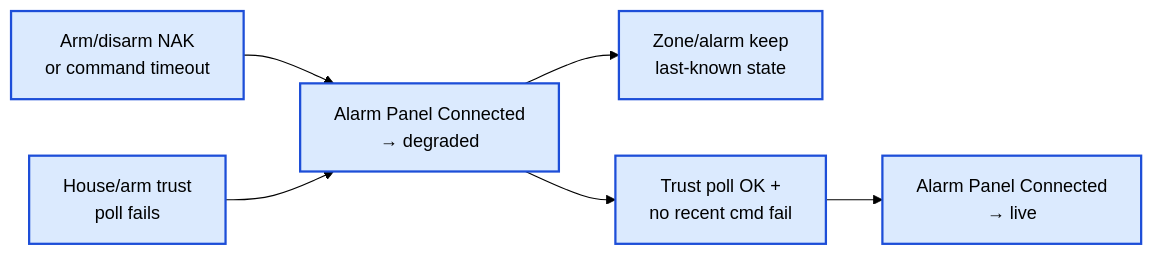
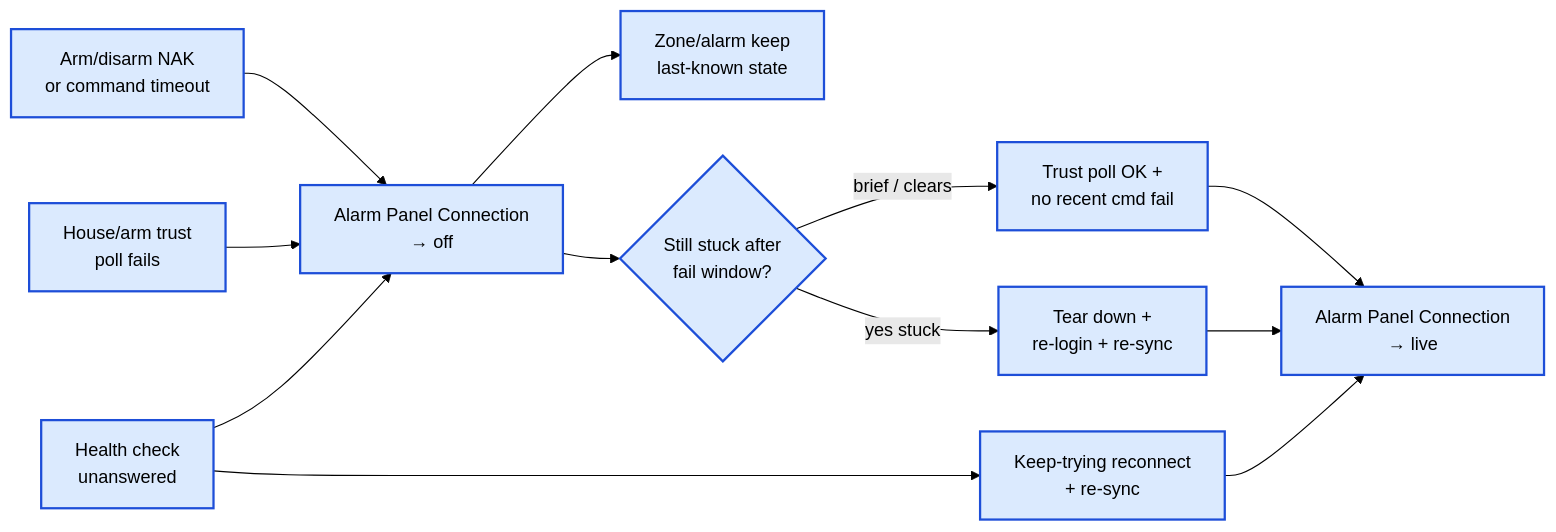
The fifth of 7 diagrams in docs/architecture.md (michaelmarconi/texecom_alarm), drawn with Mermaid (forest theme) before and after one commit. The commit also changed other lines of this file and 2 other files, not shown here.

First line of the commit message:
docs: ADR-012 Python 3, constitute, and fold session heal into architecture.

````diff
--- a/docs/architecture.md
+++ b/docs/architecture.md
@@ -349,16 +373,24 @@
 ```mermaid
 flowchart LR
     Reject["Arm/disarm NAK<br/>or command timeout"]:::owned
     PollFail["House/arm trust<br/>poll fails"]:::owned
-    Degrade["Alarm Panel Connected<br/>→ degraded"]:::owned
+    HealthFail["Health check<br/>unanswered"]:::owned
+    Off["Alarm Panel Connection<br/>→ off"]:::owned
     Keep["Zone/alarm keep<br/>last-known state"]:::owned
+    Soft{"Still stuck after<br/>fail window?"}:::owned
     PollOk["Trust poll OK +<br/>no recent cmd fail"]:::owned
-    Live["Alarm Panel Connected<br/>→ live"]:::owned
+    Relogin["Tear down +<br/>re-login + re-sync"]:::owned
+    Reconnect["Keep-trying reconnect<br/>+ re-sync"]:::owned
+    Live["Alarm Panel Connection<br/>→ live"]:::owned
 
-    Reject --> Degrade
-    PollFail --> Degrade
-    Degrade --> Keep
-    Degrade --> PollOk --> Live
+    Reject --> Off
+    PollFail --> Off
+    HealthFail --> Off
+    Off --> Keep
+    Off --> Soft
+    Soft -->|brief / clears| PollOk --> Live
+    Soft -->|yes stuck| Relogin --> Live
+    HealthFail --> Reconnect --> Live
 
     classDef owned fill:#dbeafe,stroke:#1d4ed8,stroke-width:2px
 ```
````
